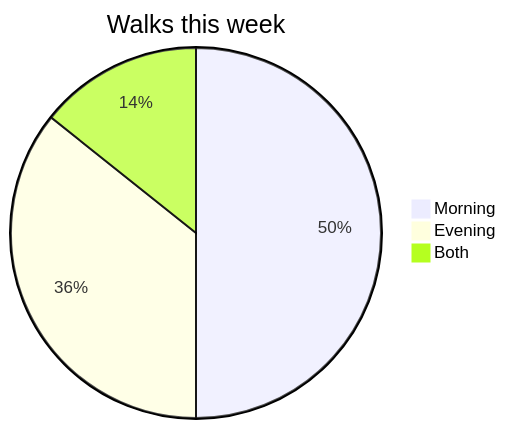
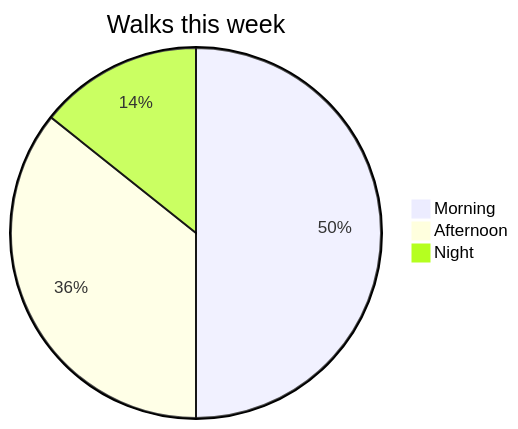
The third of 4 diagrams in app/src-tauri/resources/guide/en/guide.md (rgdevment/Tisty), drawn with Mermaid before and after one commit. The commit also changed other lines of this file and 2 other files, not shown here.

Commit message:
docs(guide): Rina is introduced once, each topic opens with its why, and pages and sheets come before diagrams

````diff
--- a/app/src-tauri/resources/guide/en/guide.md
+++ b/app/src-tauri/resources/guide/en/guide.md
@@ -208,6 +233,6 @@
 ```mermaid
 pie title Walks this week
   "Morning" : 7
-  "Evening" : 5
-  "Both" : 2
+  "Afternoon" : 5
+  "Night" : 2
 ```
````
